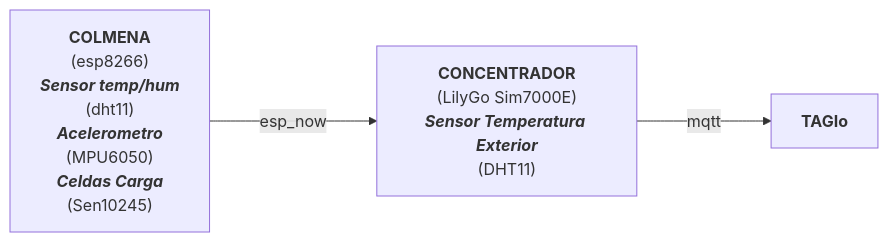
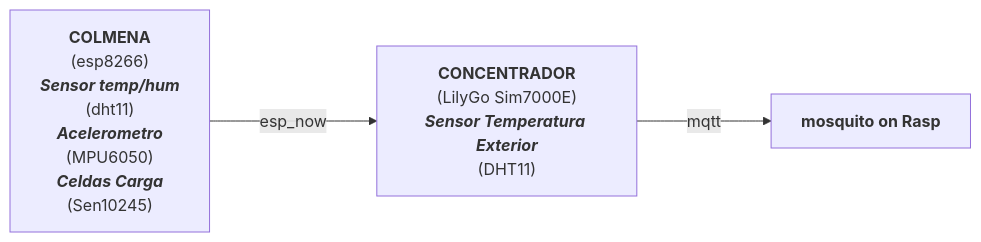
One commit to superpanceta/myBeeMon changed the first of 6 diagrams in Readme.md. Above: the diagram before and after it, drawn with Mermaid. The commit also changed other lines of this file and 16 other files, not shown here.

````diff
--- a/Readme.md
+++ b/Readme.md
@@ -26,18 +28,18 @@
 ```mermaid
 flowchart LR
     colmenas["` **COLMENA**
     (esp8266)
     ***Sensor temp/hum***
     (dht11)
     ***Acelerometro***
      (MPU6050)
     ***Celdas Carga***
     (Sen10245)`"]
     concentrador["`**CONCENTRADOR**
     (LilyGo Sim7000E)
     ***Sensor Temperatura Exterior***
     (DHT11)`"]
-    receptor["` **TAGIo**`"]
+    receptor["` **mosquito on Rasp**`"]
     colmenas -- esp_now ---> concentrador -- mqtt ---> receptor
     
 ```
````
